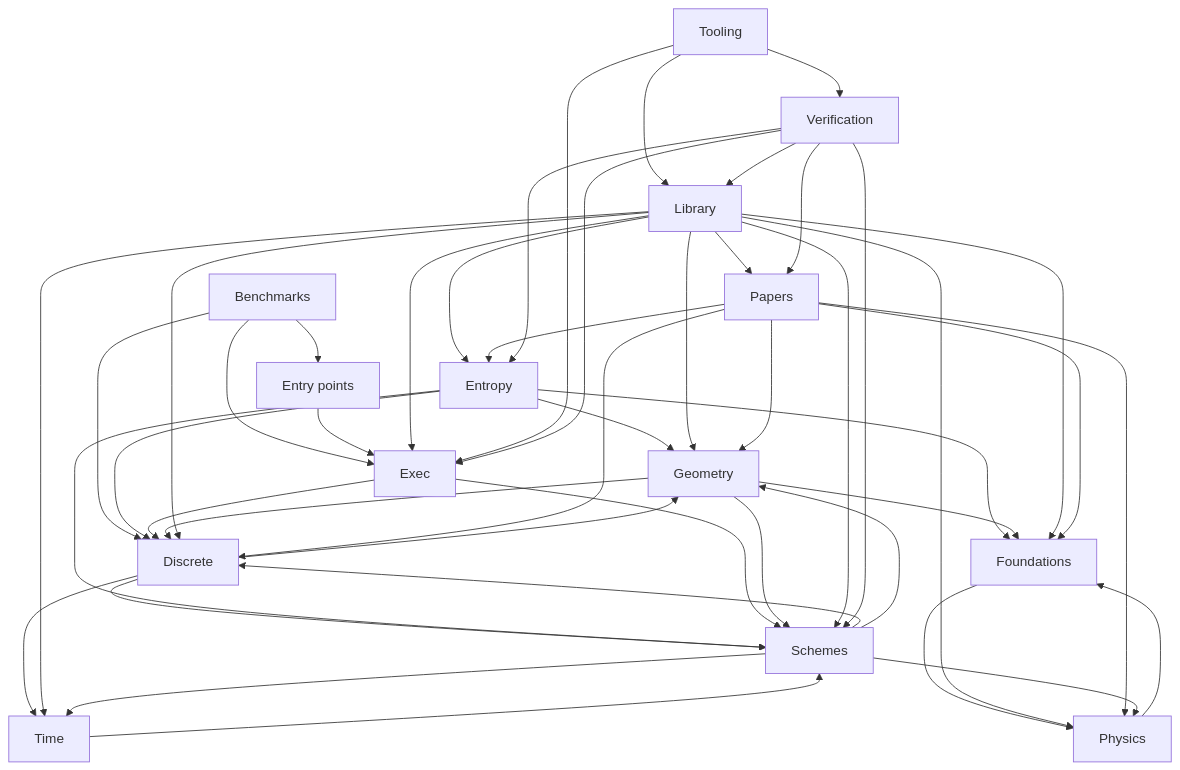
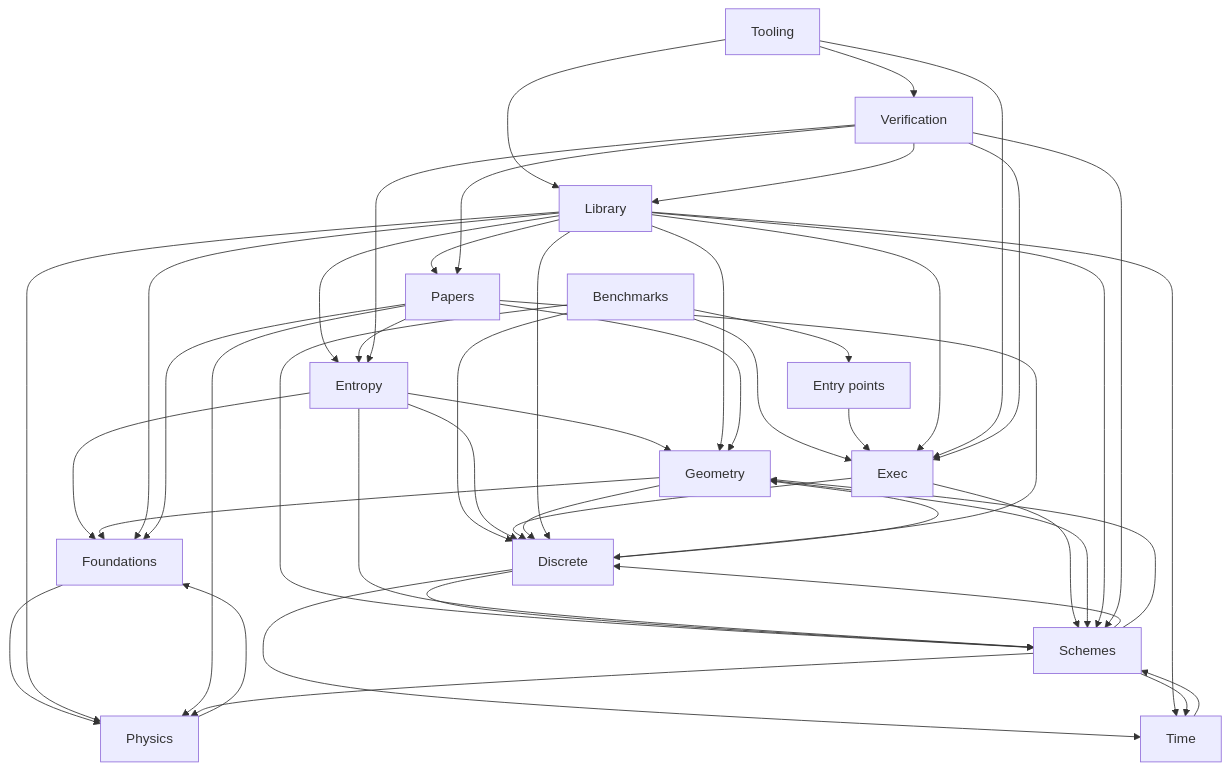
Before and after one commit to rois1995/CFD_Lean: the diagram in docs/generated/imports.mmd, drawn with Mermaid. The commit also changed 24 other files, not shown here.

```diff
--- a/docs/generated/imports.mmd
+++ b/docs/generated/imports.mmd
@@ -1,60 +1,61 @@
 flowchart TD
     n_0["Foundations"]
     n_1["Physics"]
     n_2["Geometry"]
     n_3["Discrete"]
     n_4["Entropy"]
     n_5["Schemes"]
     n_6["Time"]
     n_7["Exec"]
     n_8["Papers"]
     n_9["Verification"]
     n_10["Benchmarks"]
     n_11["Entry points"]
     n_12["Library"]
     n_13["Tooling"]
     n_10 --> n_3
     n_10 --> n_11
     n_10 --> n_7
+    n_10 --> n_5
     n_3 --> n_2
     n_3 --> n_5
     n_3 --> n_6
     n_4 --> n_3
     n_4 --> n_0
     n_4 --> n_2
     n_4 --> n_5
     n_11 --> n_7
     n_7 --> n_3
     n_7 --> n_5
     n_0 --> n_1
     n_2 --> n_3
     n_2 --> n_0
     n_2 --> n_5
     n_12 --> n_3
     n_12 --> n_4
     n_12 --> n_7
     n_12 --> n_0
     n_12 --> n_2
     n_12 --> n_8
     n_12 --> n_1
     n_12 --> n_5
     n_12 --> n_6
     n_8 --> n_3
     n_8 --> n_4
     n_8 --> n_0
     n_8 --> n_2
     n_8 --> n_1
     n_1 --> n_0
     n_5 --> n_3
     n_5 --> n_2
     n_5 --> n_1
     n_5 --> n_6
     n_6 --> n_5
     n_13 --> n_7
     n_13 --> n_12
     n_13 --> n_9
     n_9 --> n_4
     n_9 --> n_7
     n_9 --> n_12
     n_9 --> n_8
     n_9 --> n_5
```
